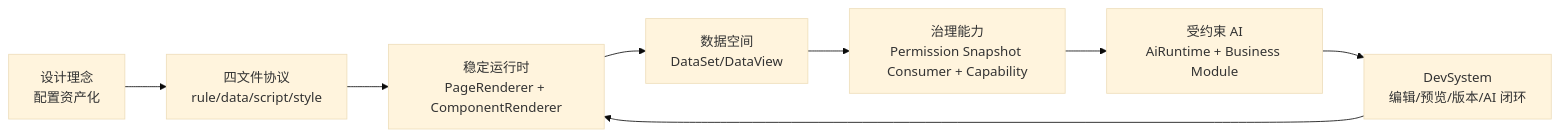
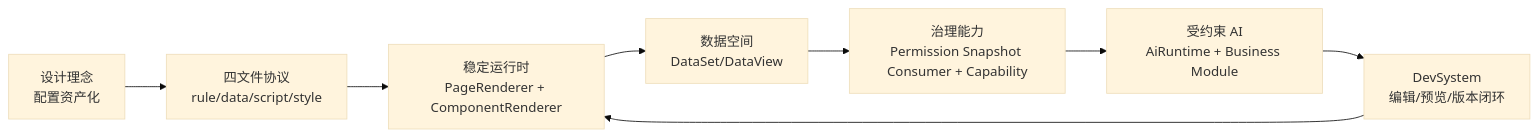
Before and after one commit to LMSpark/spark-view-vue: the diagram in SPARK_VIEW_16_BLOG_SERIES_PLAN.md, drawn with Mermaid (base theme). The commit also changed other lines of this file and 35 other files, not shown here.

````diff
--- a/SPARK_VIEW_16_BLOG_SERIES_PLAN.md
+++ b/SPARK_VIEW_16_BLOG_SERIES_PLAN.md
@@ -34,10 +34,10 @@
 ```mermaid
 flowchart LR
   A["设计理念<br/>配置资产化"] --> B["四文件协议<br/>rule/data/script/style"]
   B --> C["稳定运行时<br/>PageRenderer + ComponentRenderer"]
   C --> D["数据空间<br/>DataSet/DataView"]
   D --> E["治理能力<br/>Permission Snapshot Consumer + Capability"]
   E --> F["受约束 AI<br/>AiRuntime + Business Module"]
-  F --> G["DevSystem<br/>编辑/预览/版本/AI 闭环"]
+  F --> G["DevSystem<br/>编辑/预览/版本闭环"]
   G --> C
 ```
````
